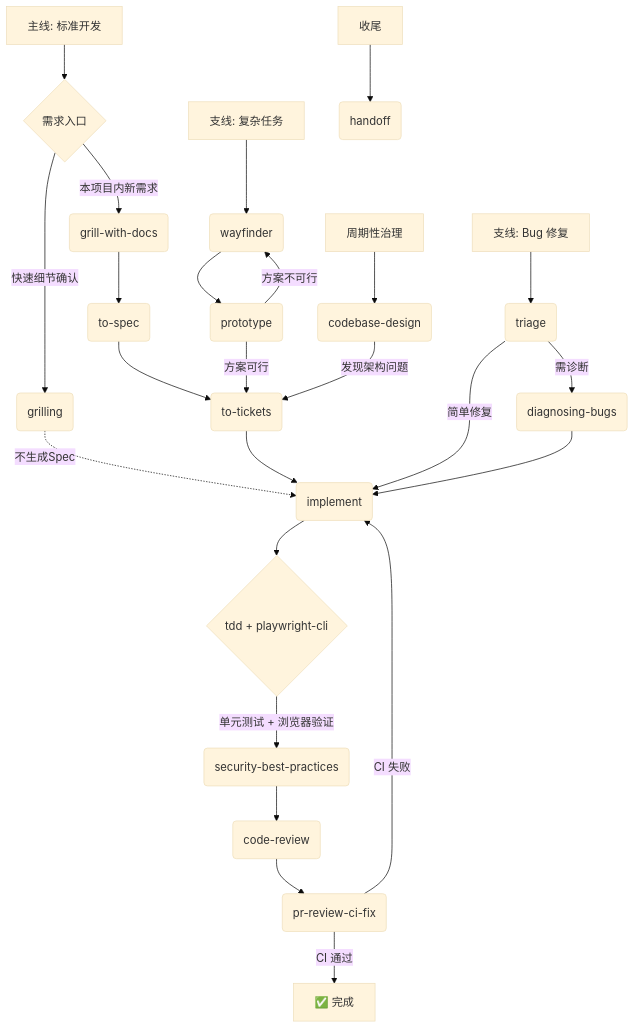
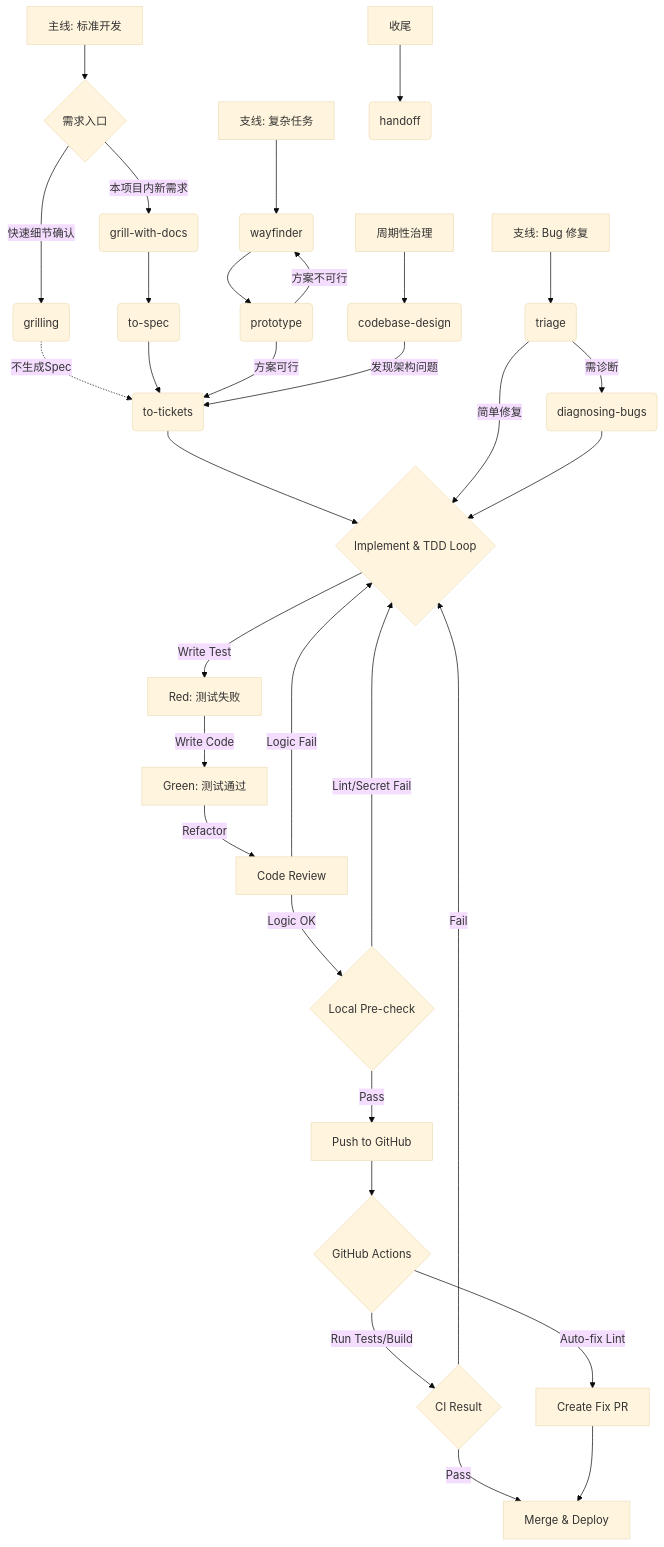
One commit to Livzon-DS-Sector-AI-Innovation/Livzon-Syntpharm changed the diagram in AGENTS.md. Above: the diagram before and after it, drawn with Mermaid (base theme). The commit also changed other lines of this file, not shown here.

````diff
--- a/AGENTS.md
+++ b/AGENTS.md
@@ -92,35 +5,46 @@
 ```mermaid
 graph TD 
     A[主线: 标准开发] --> B{需求入口}
     B -->|本项目内新需求| B1(grill-with-docs)
     B -->|快速细节确认| B2(grilling)
     
     B1 --> C(to-spec)
-    B2 -.->|不生成Spec| E
+    B2 -.->|不生成Spec| D
     
     C --> D(to-tickets)
-    D --> E(implement)
     
-    E --> F{tdd + playwright-cli}
-    F -->|单元测试 + 浏览器验证| G(security-best-practices)
-    G --> H(code-review)
-    H --> I(pr-review-ci-fix)
+    %% 核心优化：Implement 与 TDD 的深度融合
+    D --> E{Implement & TDD Loop}
+    E -->|Write Test| F[Red: 测试失败]
+    F -->|Write Code| G[Green: 测试通过]
+    G -->|Refactor| H[Code Review]
+    H -->|Logic OK| I{Local Pre-check}
+    H -->|Logic Fail| E
     
-    I -->|CI 失败| E
-    I -->|CI 通过| Z[✅ 完成]
+    %% 本地预检门禁
+    I -->|Lint/Secret Fail| E
+    I -->|Pass| J[Push to GitHub]
+    
+    J --> K{GitHub Actions}
+    K -->|Auto-fix Lint| L[Create Fix PR]
+    K -->|Run Tests/Build| M{CI Result}
+    
+    M -->|Fail| E
+    M -->|Pass| N[Merge & Deploy]
+    L --> N
 
-    J[支线: 复杂任务] --> K(wayfinder)
-    K --> L(prototype)
-    L -->|方案可行| D
-    L -->|方案不可行| K
+    S1[支线: 复杂任务] --> S2(wayfinder)
+    S2 --> S3(prototype)
+    S3 -->|方案可行| D
+    S3 -->|方案不可行| S2
 
-    M[支线: Bug 修复] --> N(triage)
-    N -->|需诊断| O(diagnosing-bugs)
-    N -->|简单修复| E
-    O --> E
+    S4[支线: Bug 修复] --> S5(triage)
+    S5 -->|需诊断| S6(diagnosing-bugs)
+    S5 -->|简单修复| E
+    S6 --> E
 
-    P[周期性治理] --> Q(codebase-design)
-    Q -->|发现架构问题| D
+    S7[周期性治理] --> S8(codebase-design)
+    S8 -->|发现架构问题| D
 
-    R[收尾] --> S(handoff)
+    S9[收尾] --> S10(handoff)
 ```
````
